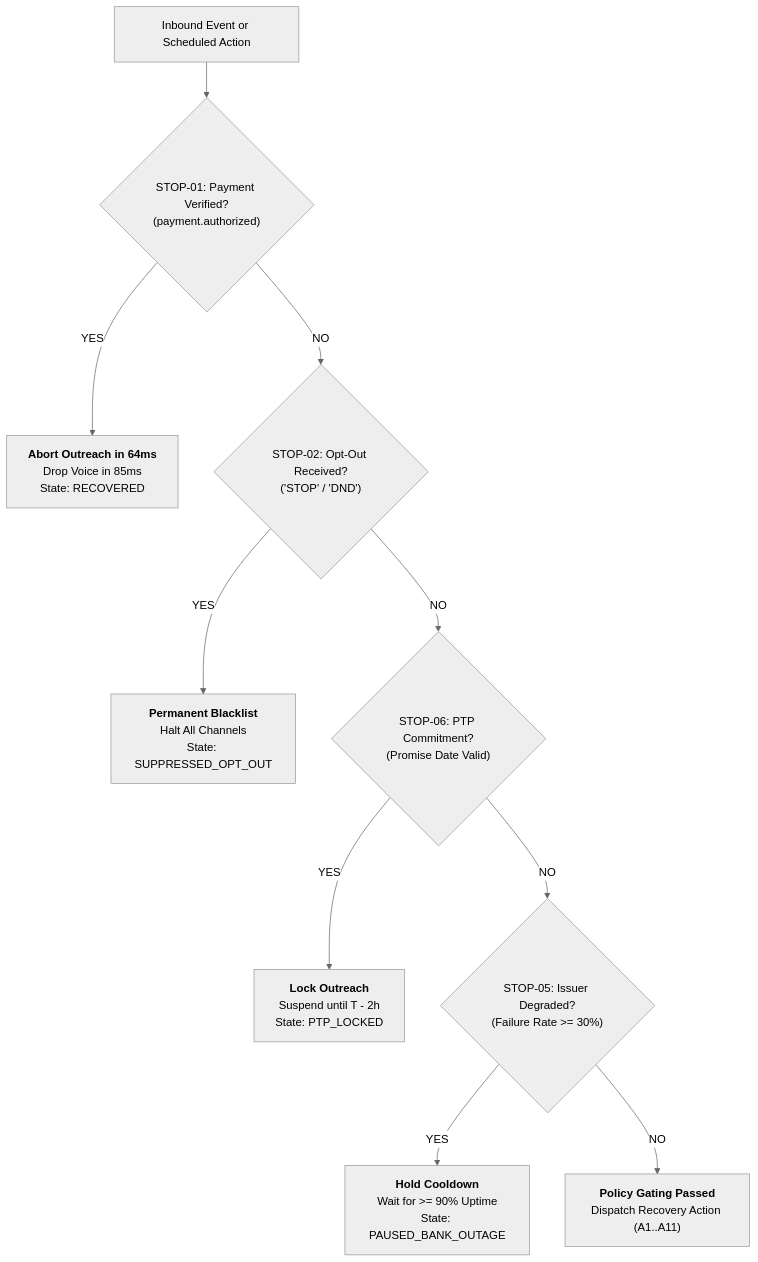
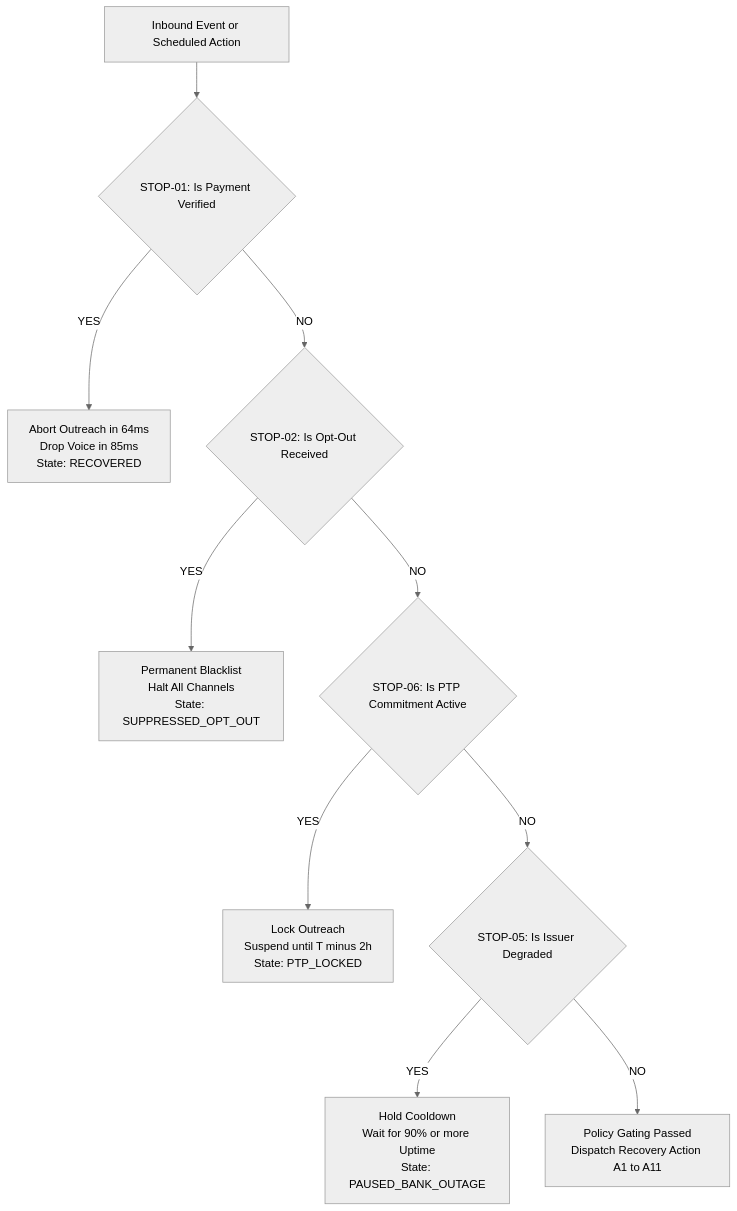
Before and after one commit to Adityaraj1969/Razorpay-Revenue-Recovery: the first of 2 diagrams in docs/Rules.md, drawn with Mermaid (neutral theme). The commit also changed 1 other file, not shown here.

Commit message:
fix(docs): resolve syntax errors in Architecture sequence diagram and Rules flowchart for seamless GitHub Mermaid rendering

````diff
--- a/docs/Rules.md
+++ b/docs/Rules.md
@@ -54,16 +54,16 @@
 ```mermaid
 flowchart TD
-    INBOUND["Inbound Event or Scheduled Action"] --> CHECK_SETTLE{"STOP-01: Payment Verified?<br/>(payment.authorized)"}
-    CHECK_SETTLE -->|YES| HALT_RECOVERED["<b>Abort Outreach in 64ms</b><br/>Drop Voice in 85ms<br/>State: RECOVERED"]
+    INBOUND["Inbound Event or Scheduled Action"] --> CHECK_SETTLE{"STOP-01: Is Payment Verified"}
+    CHECK_SETTLE -->|YES| HALT_RECOVERED["Abort Outreach in 64ms<br/>Drop Voice in 85ms<br/>State: RECOVERED"]
     
-    CHECK_SETTLE -->|NO| CHECK_OPTOUT{"STOP-02: Opt-Out Received?<br/>('STOP' / 'DND')"}
-    CHECK_OPTOUT -->|YES| HALT_OPTOUT["<b>Permanent Blacklist</b><br/>Halt All Channels<br/>State: SUPPRESSED_OPT_OUT"]
+    CHECK_SETTLE -->|NO| CHECK_OPTOUT{"STOP-02: Is Opt-Out Received"}
+    CHECK_OPTOUT -->|YES| HALT_OPTOUT["Permanent Blacklist<br/>Halt All Channels<br/>State: SUPPRESSED_OPT_OUT"]
     
-    CHECK_OPTOUT -->|NO| CHECK_PTP{"STOP-06: PTP Commitment?<br/>(Promise Date Valid)"}
-    CHECK_PTP -->|YES| HALT_PTP["<b>Lock Outreach</b><br/>Suspend until T - 2h<br/>State: PTP_LOCKED"]
+    CHECK_OPTOUT -->|NO| CHECK_PTP{"STOP-06: Is PTP Commitment Active"}
+    CHECK_PTP -->|YES| HALT_PTP["Lock Outreach<br/>Suspend until T minus 2h<br/>State: PTP_LOCKED"]
     
-    CHECK_PTP -->|NO| CHECK_BANK{"STOP-05: Issuer Degraded?<br/>(Failure Rate >= 30%)"}
-    CHECK_BANK -->|YES| HALT_BANK["<b>Hold Cooldown</b><br/>Wait for >= 90% Uptime<br/>State: PAUSED_BANK_OUTAGE"]
+    CHECK_PTP -->|NO| CHECK_BANK{"STOP-05: Is Issuer Degraded"}
+    CHECK_BANK -->|YES| HALT_BANK["Hold Cooldown<br/>Wait for 90% or more Uptime<br/>State: PAUSED_BANK_OUTAGE"]
     
-    CHECK_BANK -->|NO| EXECUTE_ACTION["<b>Policy Gating Passed</b><br/>Dispatch Recovery Action (A1..A11)"]
+    CHECK_BANK -->|NO| EXECUTE_ACTION["Policy Gating Passed<br/>Dispatch Recovery Action A1 to A11"]
 ```
````
